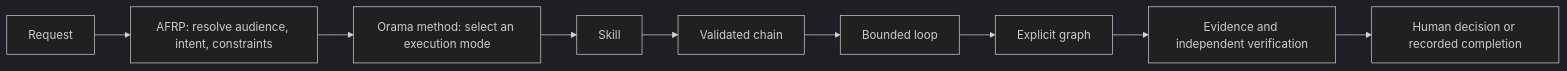
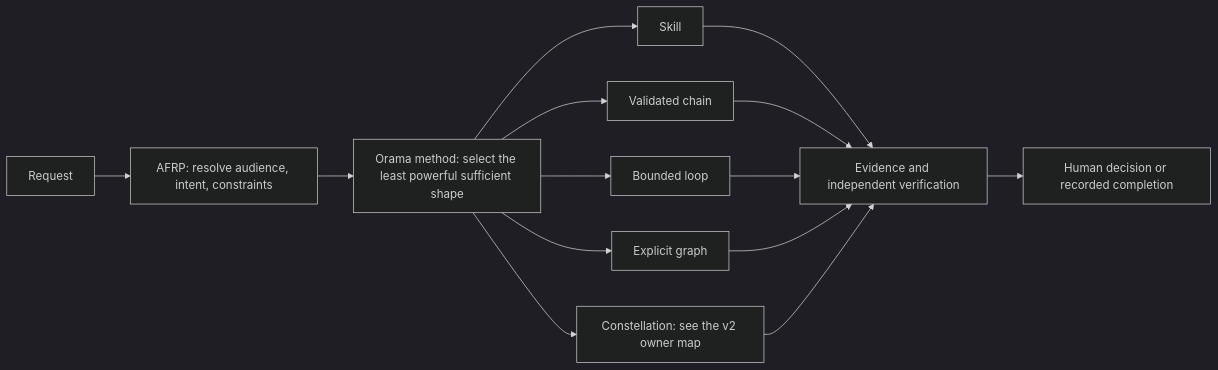
One commit to diazMelgarejo/orama-system changed the diagram in ARCHITECTURE.md. Above: the diagram before and after it, drawn with Mermaid (dark theme). The commit also changed other lines of this file, not shown here.

Commit message:
docs(architecture): show shapes as alternatives, add the constellation shape, link the v2 map
Addresses the CodeRabbit finding on the flowchart (shapes drawn as mandatory stages) with a smaller fix:
- Fan the existing selector node out to each shape instead of adding a second decision node.
- Say "shape", not "mode": AFRP Mode 1/2/3 is a different concept from the escalation card's shapes.
- Add the card's fifth shape, Constellation, and link the Oramasys architecture map for it (orientation only; no runtime dependency).
- Note that the five-graph taxonomy is mirrored in the Oramasys map and must change with it.

Claude-Session: https://claude.ai/code/session_01FVt5ZPbsBetFjeapmQrjRQ

````diff
--- a/ARCHITECTURE.md
+++ b/ARCHITECTURE.md
@@ -9,11 +9,16 @@
 ```mermaid
 flowchart LR
     R[Request] --> A[AFRP: resolve audience, intent, constraints]
-    A --> M[Orama method: select an execution mode]
+    A --> M[Orama method: select the least powerful sufficient shape]
     M --> S[Skill]
-    S --> C[Validated chain]
-    C --> L[Bounded loop]
-    L --> G[Explicit graph]
-    G --> V[Evidence and independent verification]
+    M --> C[Validated chain]
+    M --> L[Bounded loop]
+    M --> G[Explicit graph]
+    M --> K[Constellation: see the v2 owner map]
+    S --> V[Evidence and independent verification]
+    C --> V
+    L --> V
+    G --> V
+    K --> V
     V --> H[Human decision or recorded completion]
 ```
````
